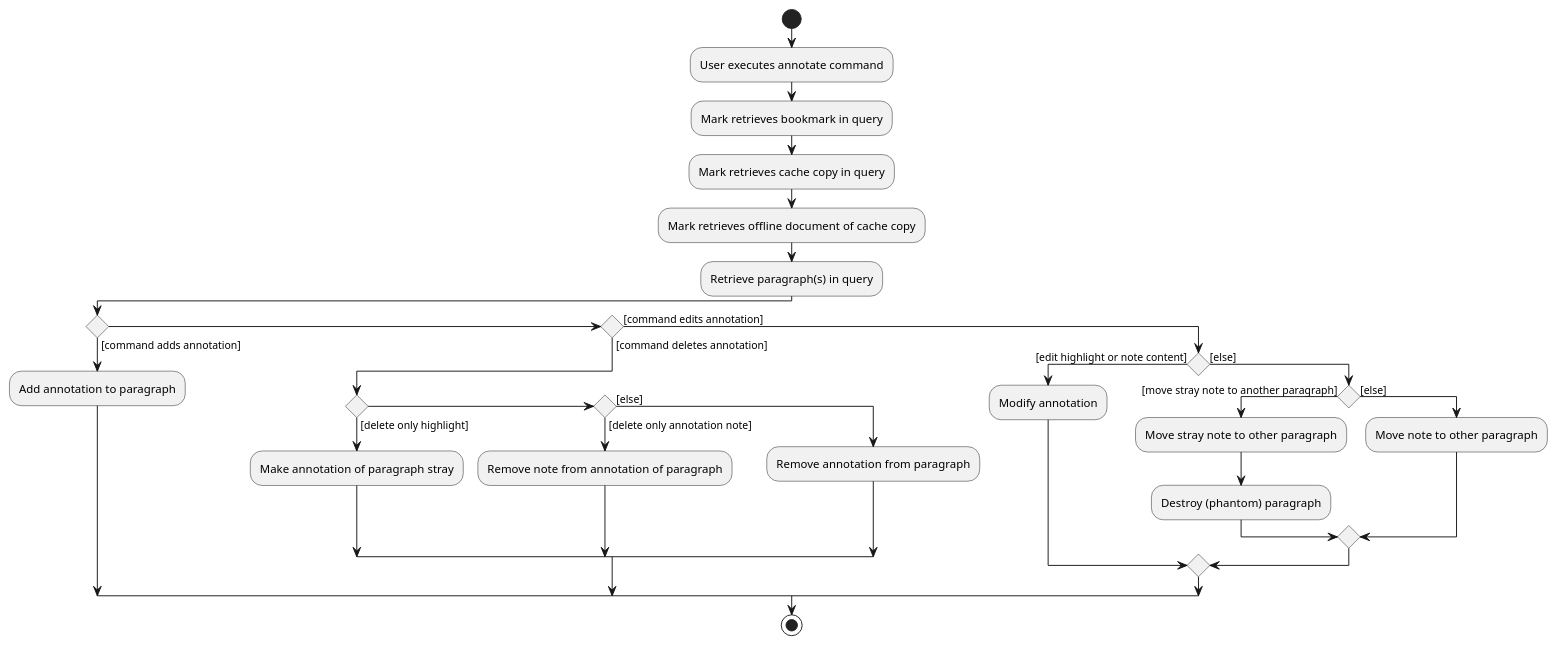
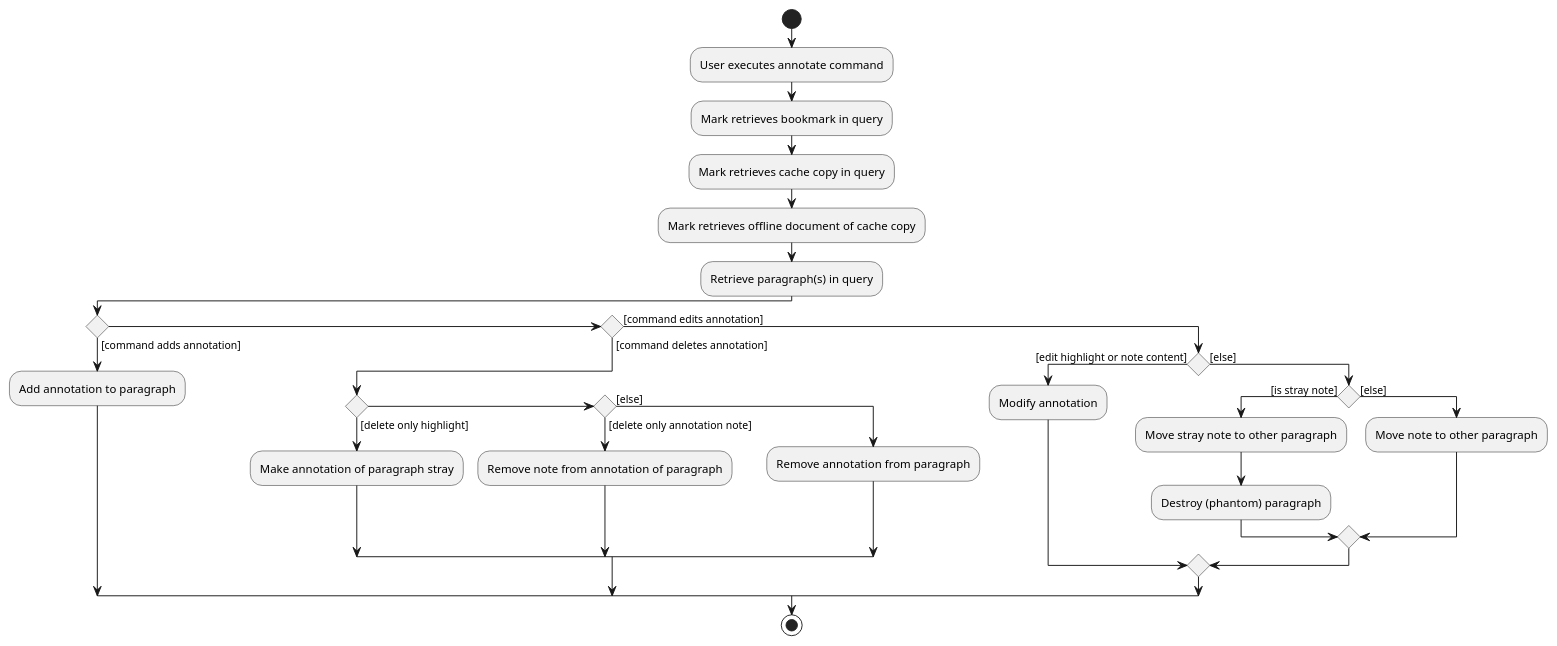
The diagram in docs/diagrams/AnnotationActivityDiagram.puml (nus-cs2103-AY1920S1/addressbook-level3), drawn with PlantUML before and after one commit.

```diff
--- a/docs/diagrams/AnnotationActivityDiagram.puml
+++ b/docs/diagrams/AnnotationActivityDiagram.puml
@@ -1,35 +1,35 @@
 @startuml
 start
 :User executes annotate command;
 :Mark retrieves bookmark in query;
 :Mark retrieves cache copy in query;
 :Mark retrieves offline document of cache copy;
 
 'Since the beta syntax does not support placing the condition outside the
 'diamond we place it as the true branch instead.
 
 :Retrieve paragraph(s) in query;
 if () then ([command adds annotation])
     :Add annotation to paragraph;
 else if () then ([command deletes annotation])
     if () then ([delete only highlight])
         :Make annotation of paragraph stray;
     else if () then ([delete only annotation note])
         :Remove note from annotation of paragraph;
     else ([else])
         :Remove annotation from paragraph;
     endif
 else ([command edits annotation])
     if () then ([edit highlight or note content])
         :Modify annotation;
     else ([else])
-        if () then ([move stray note to another paragraph])
+        if () then ([is stray note])
             :Move stray note to other paragraph;
             :Destroy (phantom) paragraph;
         else ([else])
             :Move note to other paragraph;
         endif
     endif
 endif
 stop
 @enduml
```
